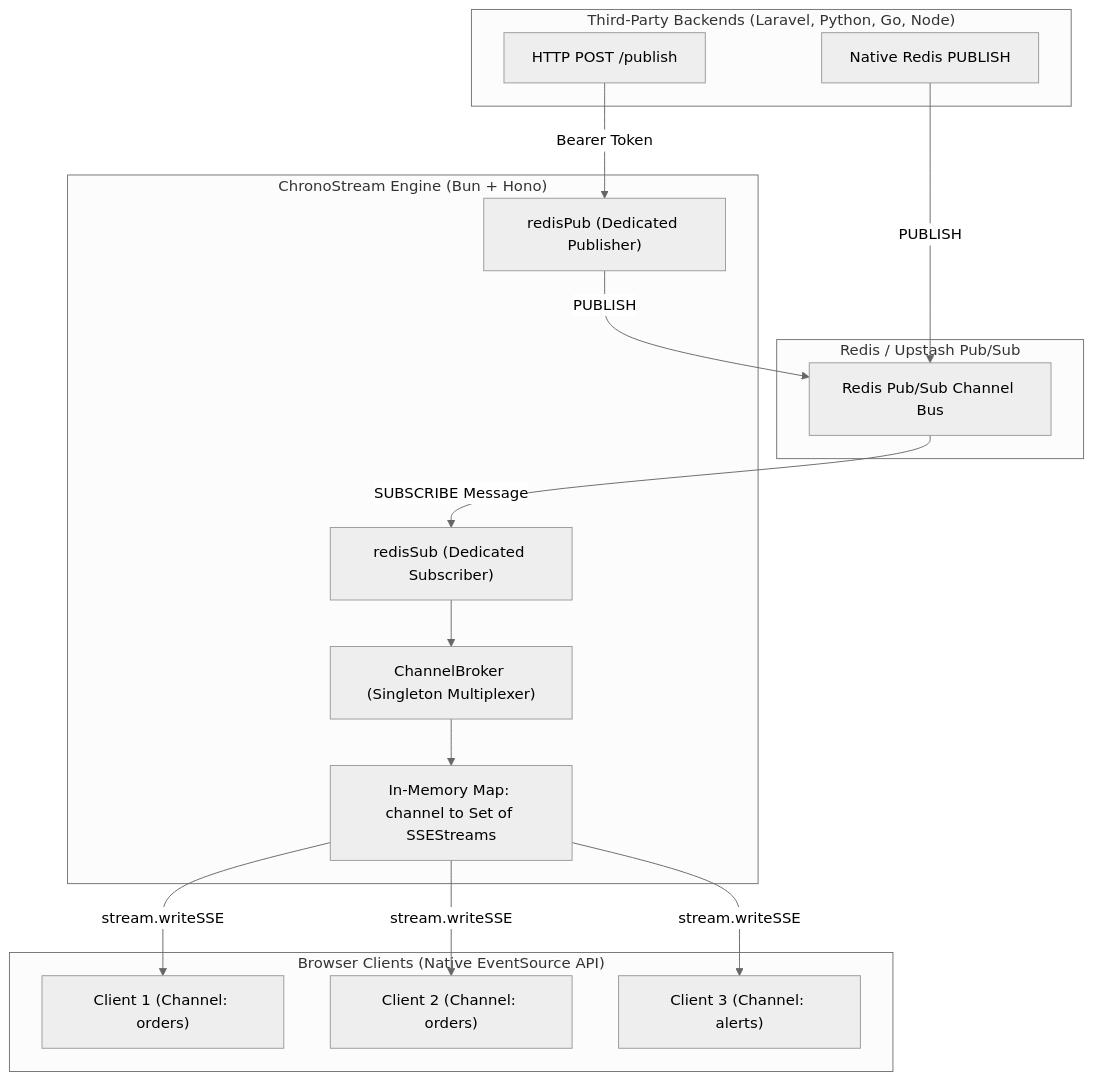
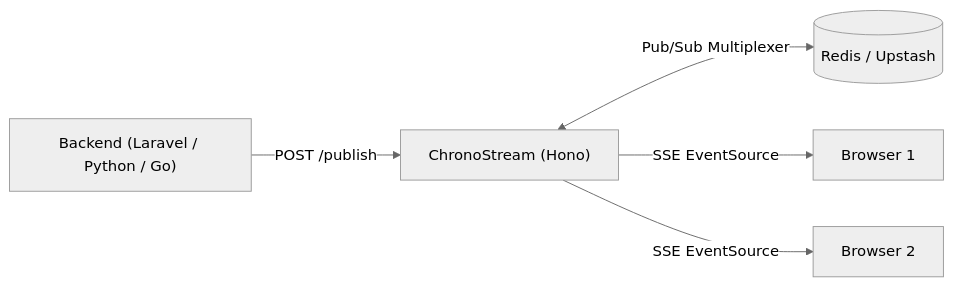
The diagram in README.md (fiizam/ChronoStream), drawn with Mermaid (neutral theme) before and after one commit. The commit also changed other lines of this file, not shown here.

````diff
--- a/README.md
+++ b/README.md
@@ -35,34 +21,7 @@
 ```mermaid
-flowchart TD
-    subgraph Backends ["Third-Party Backends (Laravel, Python, Go, Node)"]
-        HTTP_PUB["HTTP POST /publish"]
-        DIRECT_PUB["Native Redis PUBLISH"]
-    end
-
-    subgraph RedisCluster ["Redis / Upstash Pub/Sub"]
-        R_BROKER["Redis Pub/Sub Channel Bus"]
-    end
-
-    subgraph ChronoStream ["ChronoStream Engine (Bun + Hono)"]
-        R_PUB["redisPub (Dedicated Publisher)"]
-        R_SUB["redisSub (Dedicated Subscriber)"]
-        BROKER["ChannelBroker (Singleton Multiplexer)"]
-        CH_MAP["In-Memory Map: channel to Set of SSEStreams"]
-    end
-
-    subgraph Clients ["Browser Clients (Native EventSource API)"]
-        C1["Client 1 (Channel: orders)"]
-        C2["Client 2 (Channel: orders)"]
-        C3["Client 3 (Channel: alerts)"]
-    end
-
-    HTTP_PUB -->|Bearer Token| R_PUB
-    R_PUB -->|PUBLISH| R_BROKER
-    DIRECT_PUB -->|PUBLISH| R_BROKER
-    R_BROKER -->|SUBSCRIBE Message| R_SUB
-    R_SUB --> BROKER
-    BROKER --> CH_MAP
-    CH_MAP -->|stream.writeSSE| C1
-    CH_MAP -->|stream.writeSSE| C2
-    CH_MAP -->|stream.writeSSE| C3
+flowchart LR
+    B["Backend (Laravel / Python / Go)"] -->|POST /publish| CS["ChronoStream (Hono)"]
+    CS <-->|Pub/Sub Multiplexer| R[("Redis / Upstash")]
+    CS -->|SSE EventSource| C1["Browser 1"]
+    CS -->|SSE EventSource| C2["Browser 2"]
 ```
````
